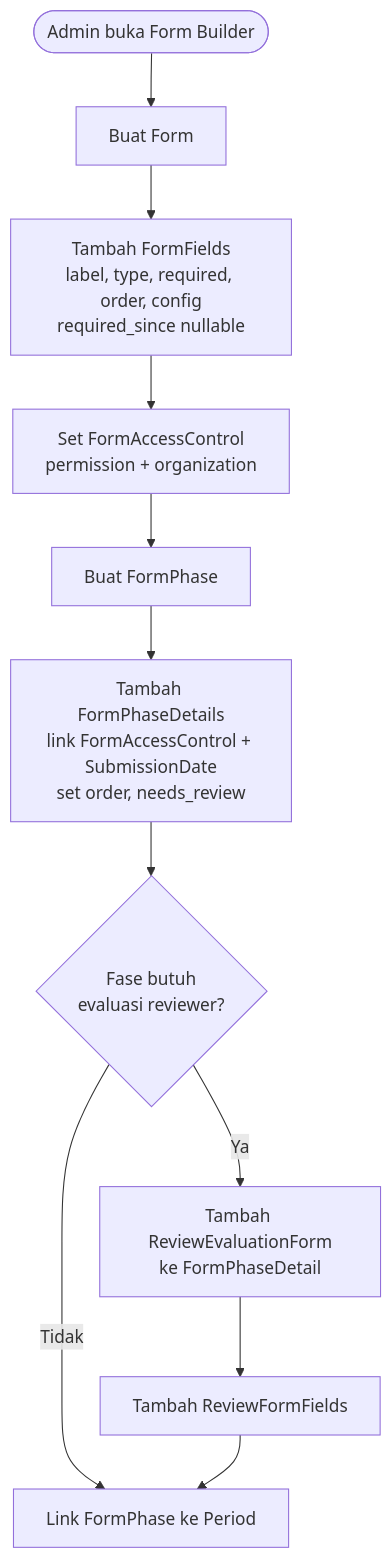
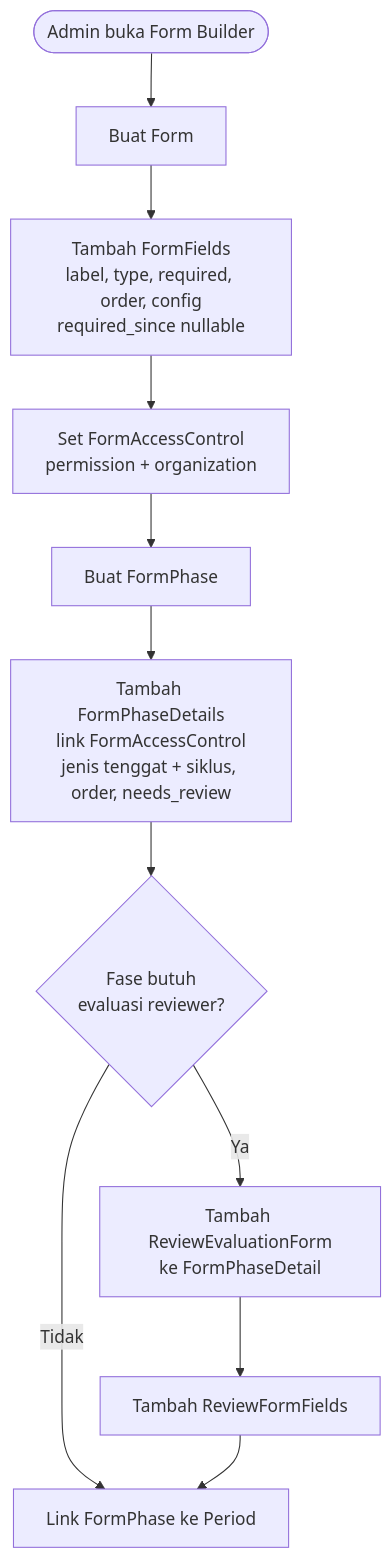
The first of 5 diagrams in docs/requirement-analysis/ddd/generic/01_form_engine.md (nas11ai/sim-kerjasama-itk), drawn with Mermaid before and after one commit. The commit also changed other lines of this file and 6 other files, not shown here.

````diff
--- a/docs/requirement-analysis/ddd/generic/01_form_engine.md
+++ b/docs/requirement-analysis/ddd/generic/01_form_engine.md
@@ -19,13 +27,13 @@
 ```mermaid
 flowchart TD
     START([Admin buka Form Builder]) --> A[Buat Form]
     A --> B[Tambah FormFields<br/>label, type, required, order, config<br/>required_since nullable]
     B --> C[Set FormAccessControl<br/>permission + organization]
     C --> D[Buat FormPhase]
-    D --> E[Tambah FormPhaseDetails<br/>link FormAccessControl + SubmissionDate<br/>set order, needs_review]
+    D --> E[Tambah FormPhaseDetails<br/>link FormAccessControl<br/>jenis tenggat + siklus, order, needs_review]
     E --> F{Fase butuh<br/>evaluasi reviewer?}
     F -->|Ya| G[Tambah ReviewEvaluationForm<br/>ke FormPhaseDetail]
     G --> H[Tambah ReviewFormFields]
     F -->|Tidak| I[Link FormPhase ke Period]
     H --> I
 ```
````
